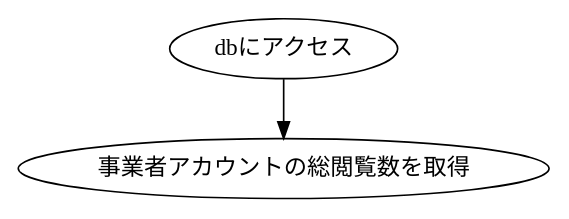
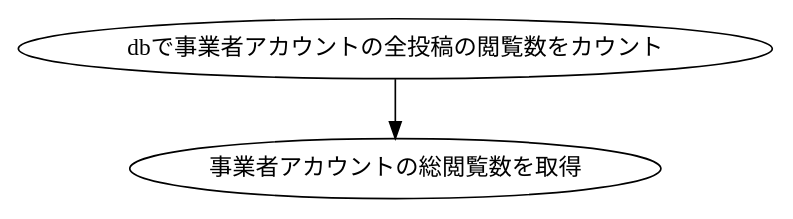
The diagram in dot/sato/BusinessGetTotalViewNumber.dot (KUT-Group12/internal_design), drawn with Graphviz before and after one commit. The commit also changed 22 other files, not shown here.

```diff
--- a/dot/sato/BusinessGetTotalViewNumber.dot
+++ b/dot/sato/BusinessGetTotalViewNumber.dot
@@ -1,8 +1,8 @@
 digraph G {
     #include "style.doth"
 
-    db[label = "dbにアクセス"]
+    db[label = "dbで事業者アカウントの全投稿の閲覧数をカウント"]
     result[label = "事業者アカウントの総閲覧数を取得"]
 
     db -> result
 }
```
